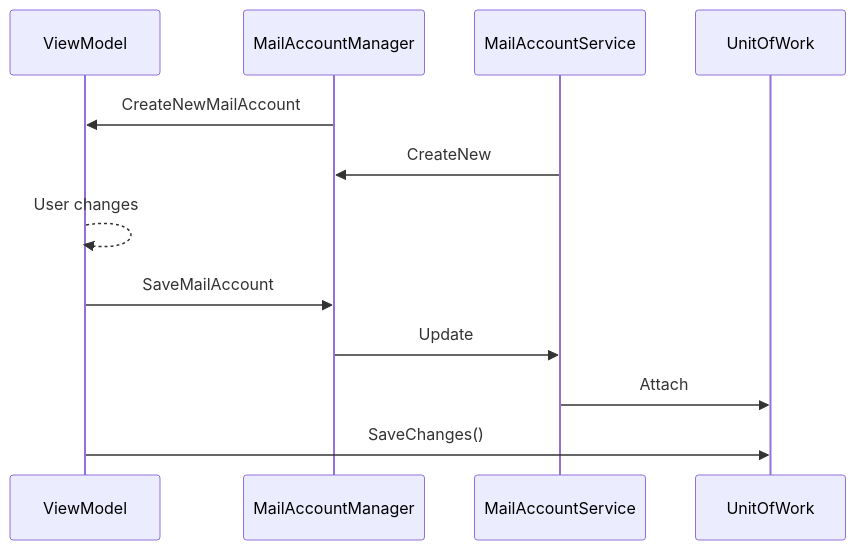
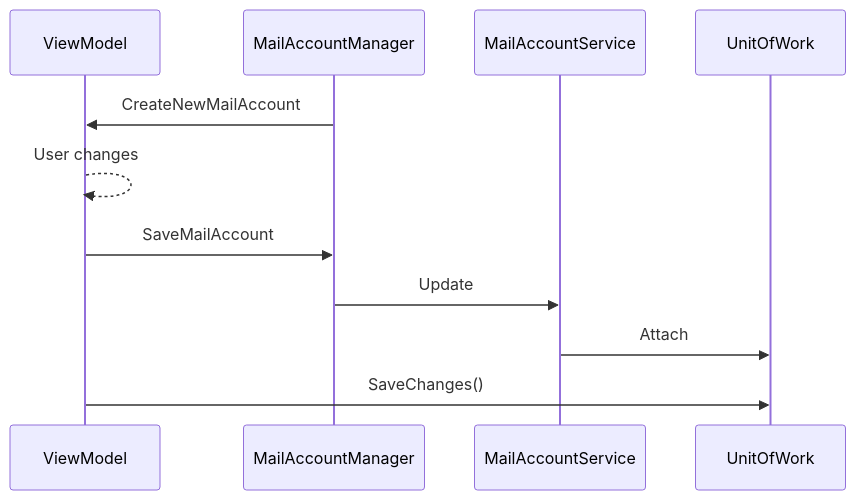
The first of 2 diagrams in Documentation/Settings.md (jan-schubert/Mailie), drawn with Mermaid before and after one commit. The commit also changed other lines of this file, not shown here.

````diff
--- a/Documentation/Settings.md
+++ b/Documentation/Settings.md
@@ -4,15 +4,14 @@
 ```mermaid
 sequenceDiagram
 participant ViewModel
 participant MailAccountManager
 participant MailAccountService
 participant UnitOfWork
 
 MailAccountManager->>ViewModel: CreateNewMailAccount
-MailAccountService->>MailAccountManager: CreateNew
 ViewModel-->>ViewModel: User changes
 ViewModel->>MailAccountManager: SaveMailAccount
 MailAccountManager->>MailAccountService: Update
 MailAccountService->>UnitOfWork: Attach
 ViewModel->>UnitOfWork: SaveChanges()
 ```
````
